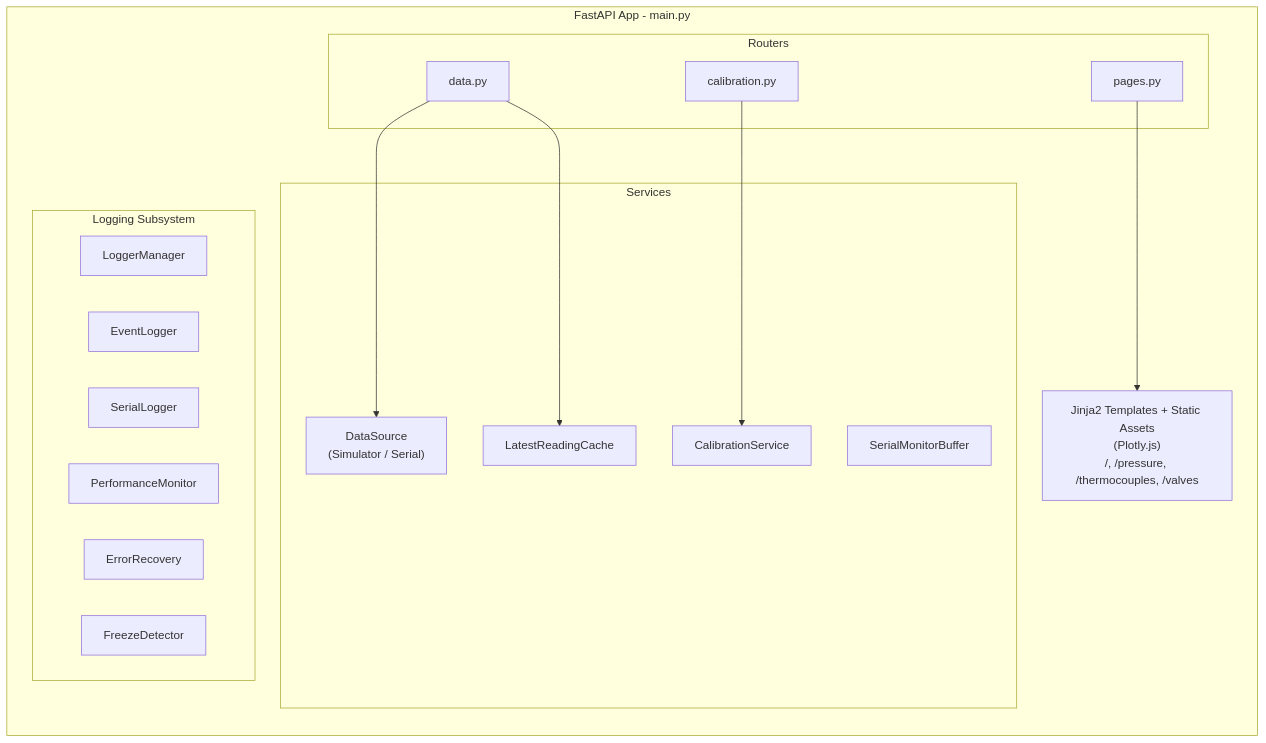
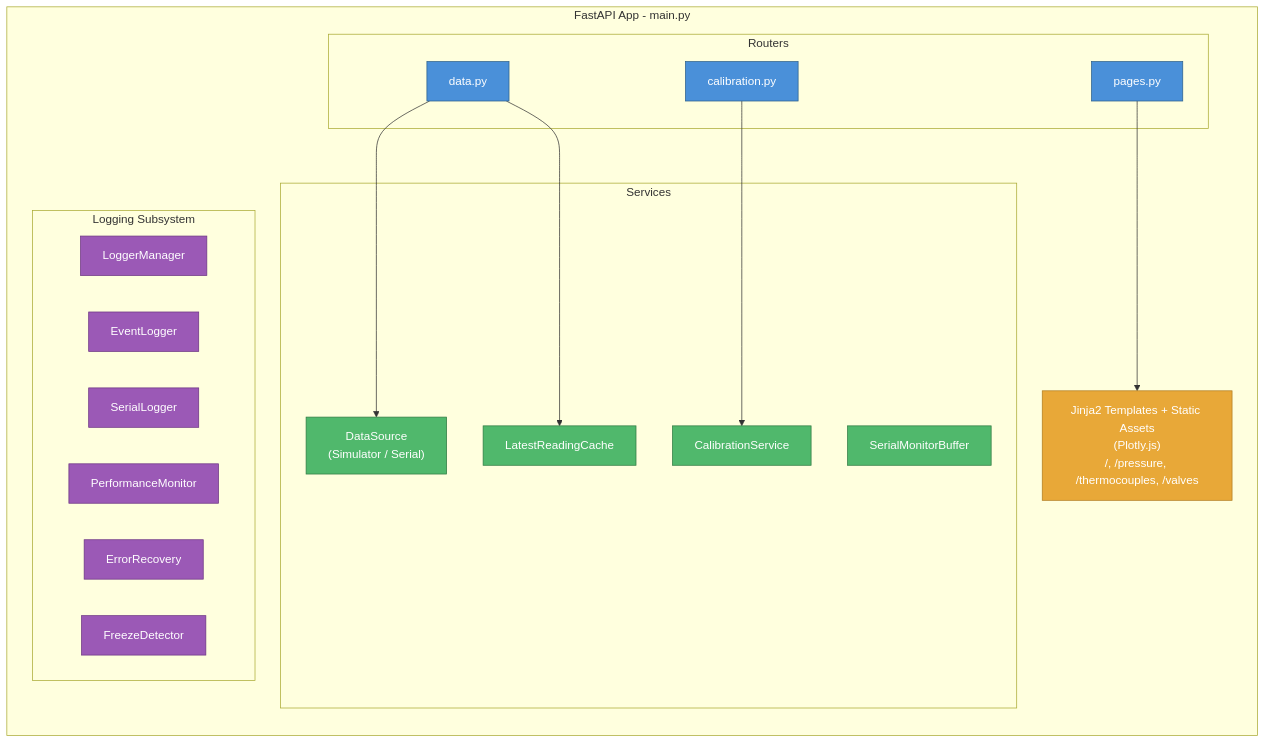
The second of 2 diagrams in ONBOARDING.md (rocketproplab/rpl-blast), drawn with Mermaid before and after one commit. The commit also changed other lines of this file and 1 other file, not shown here.

Commit message:
Coloring and file tree

````diff
--- a/ONBOARDING.md
+++ b/ONBOARDING.md
@@ -132,35 +140,45 @@
 ```mermaid
 flowchart TB
     subgraph APP["FastAPI App - main.py"]
         direction TB
 
         subgraph ROUTERS["Routers"]
             R1["data.py"]
             R2["calibration.py"]
             R3["pages.py"]
         end
 
         subgraph SERVICES["Services"]
             S1["DataSource\n(Simulator / Serial)"]
             S2["CalibrationService"]
             S3["LatestReadingCache"]
             S4["SerialMonitorBuffer"]
         end
 
         subgraph LOGGING["Logging Subsystem"]
             L1["LoggerManager"]
             L2["EventLogger"]
             L3["SerialLogger"]
             L4["PerformanceMonitor"]
             L5["ErrorRecovery"]
             L6["FreezeDetector"]
         end
 
         TEMPLATES["Jinja2 Templates + Static Assets\n(Plotly.js)\n/, /pressure, /thermocouples, /valves"]
 
         R1 --> S1
         R1 --> S3
         R2 --> S2
         R3 --> TEMPLATES
     end
+
+    classDef router fill:#4a90d9,stroke:#2c5f8a,color:#fff
+    classDef service fill:#50b86c,stroke:#2f7a42,color:#fff
+    classDef logging fill:#9b59b6,stroke:#6c3483,color:#fff
+    classDef ui fill:#e8a838,stroke:#b07c20,color:#fff
+
+    class R1,R2,R3 router
+    class S1,S2,S3,S4 service
+    class L1,L2,L3,L4,L5,L6 logging
+    class TEMPLATES ui
 ```
````
